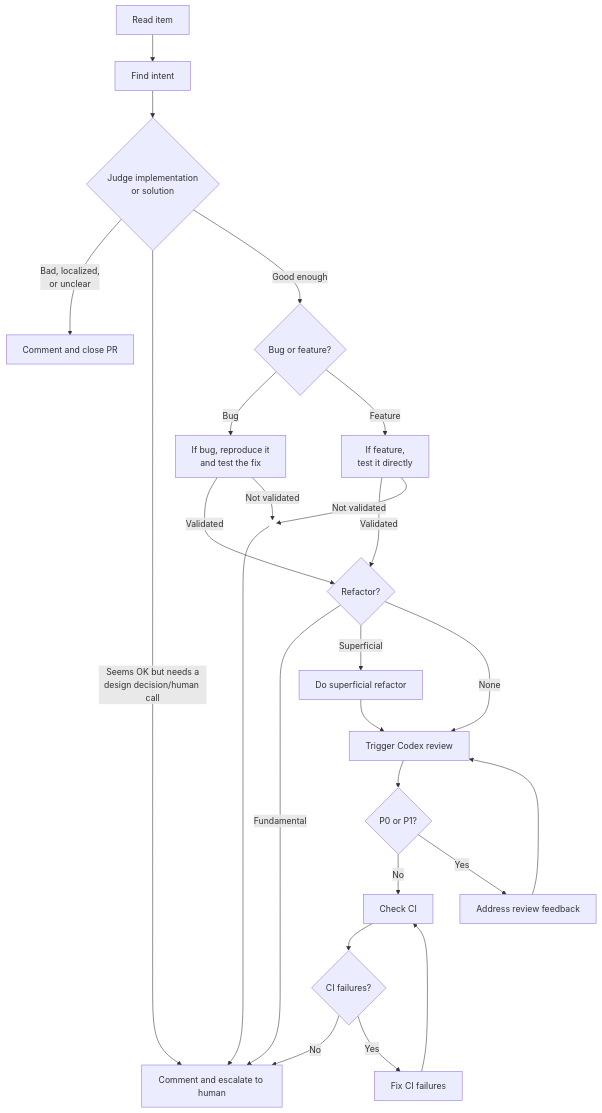
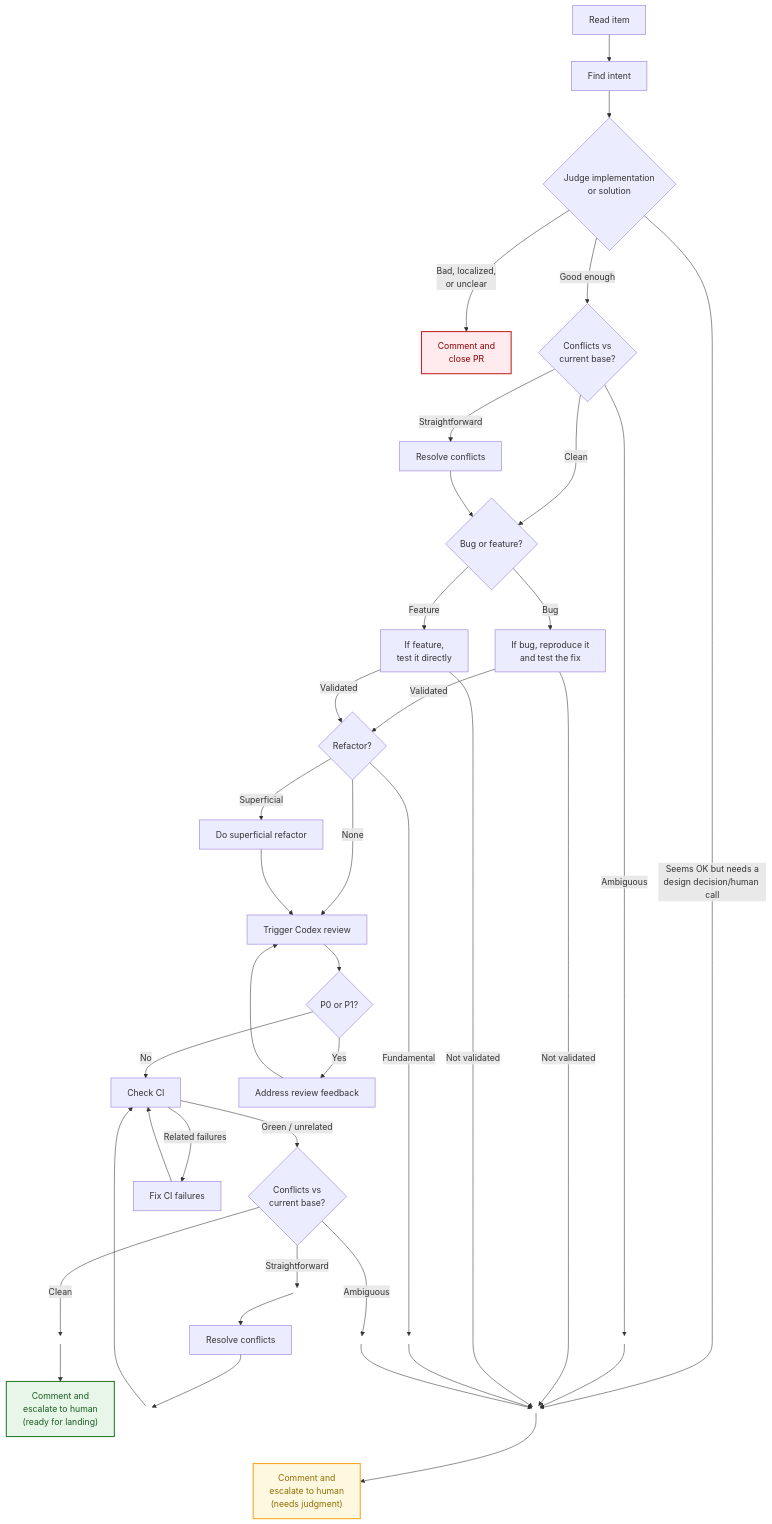
One commit to wAiXiSeu/acpx changed the diagram in examples/flows/pr-triage/README.md. Above: the diagram before and after it, drawn with Mermaid. The commit also changed other lines of this file and 1 other file, not shown here.

First line of the commit message:
docs: add conflict gates to PR triage flow (#180)

````diff
--- a/examples/flows/pr-triage/README.md
+++ b/examples/flows/pr-triage/README.md
@@ -5,35 +5,64 @@
 ```mermaid
 flowchart TD
     classDef hidden fill:none,stroke:none,color:none,stroke-width:0px;
+    classDef success fill:#e8f5e9,stroke:#2e7d32,color:#1b5e20,stroke-width:2px;
+    classDef reject fill:#ffebee,stroke:#c62828,color:#8e0000,stroke-width:2px;
+    classDef caution fill:#fff8e1,stroke:#f9a825,color:#8d6e00,stroke-width:2px;
     A[Read item] --> B[Find intent]
     B --> C{"Judge implementation<br/>or solution"}
+    Y(( ))
+    YC(( ))
+    YF(( ))
+    QL(( ))
+    QC(( ))
+    QR(( ))
+    BACK(( ))
+    class Y,YC,YF,QL,QC,QR,BACK hidden
 
-    C -->|"Bad, localized,<br/>or unclear"| D[Comment and close PR]
-    C -->|"Seems OK but needs a<br/>design decision/human call"| E[Comment and escalate to human]
-    C -->|Good enough| V{Bug or feature?}
+    C -->|"Bad, localized,<br/>or unclear"| D[Comment and<br/>close PR]
+    C -->|"Seems OK but needs a<br/>design decision/human call"| Y
+    C -->|Good enough| M{"Conflicts vs<br/>current base?"}
+
+    M -->|Clean| V{Bug or feature?}
+    M -->|Straightforward| O[Resolve conflicts]
+    O --> V
+    M -->|Ambiguous| YC
+    YC --> Y
 
     V -->|Bug| P[If bug, reproduce it<br/>and test the fix]
     V -->|Feature| T[If feature,<br/>test it directly]
 
     P -->|Validated| F{Refactor?}
     T -->|Validated| F
-    P -->|"Not validated"| X(( ))
-    T -->|"Not validated"| X
-    X --> E
-    X ~~~ F
-    class X hidden
+    P -->|"Not validated"| Y
+    T -->|"Not validated"| Y
 
-    F -->|Fundamental| E
+    F -->|Fundamental| YF
+    YF --> Y
     F -->|Superficial| R[Do superficial refactor]
     F -->|None| G[Trigger Codex review]
     R --> G
 
     G --> H{P0 or P1?}
     H -->|No| J[Check CI]
     H -->|Yes| I[Address review feedback]
     I --> G
-    J --> K{CI failures?}
-    K -->|No| E
-    K -->|Yes| L[Fix CI failures]
+    J -->|Green / unrelated| Q{"Conflicts vs<br/>current base?"}
+    J -->|Related failures| L[Fix CI failures]
     L --> J
+
+    Q -->|Clean| QL
+    QL --> W["Comment and<br/>escalate to human<br/>(ready for landing)"]
+    Q -->|Straightforward| QC
+    QC --> U[Resolve conflicts]
+    U --> BACK
+    BACK --> J
+    Q -->|Ambiguous| QR
+    QR --> Y
+    Y --> E["Comment and<br/>escalate to human<br/>(needs judgment)"]
+    W ~~~ E
+    QC ~~~ QR
+    class W success
+    class D reject
+    class E caution
 ```
````
